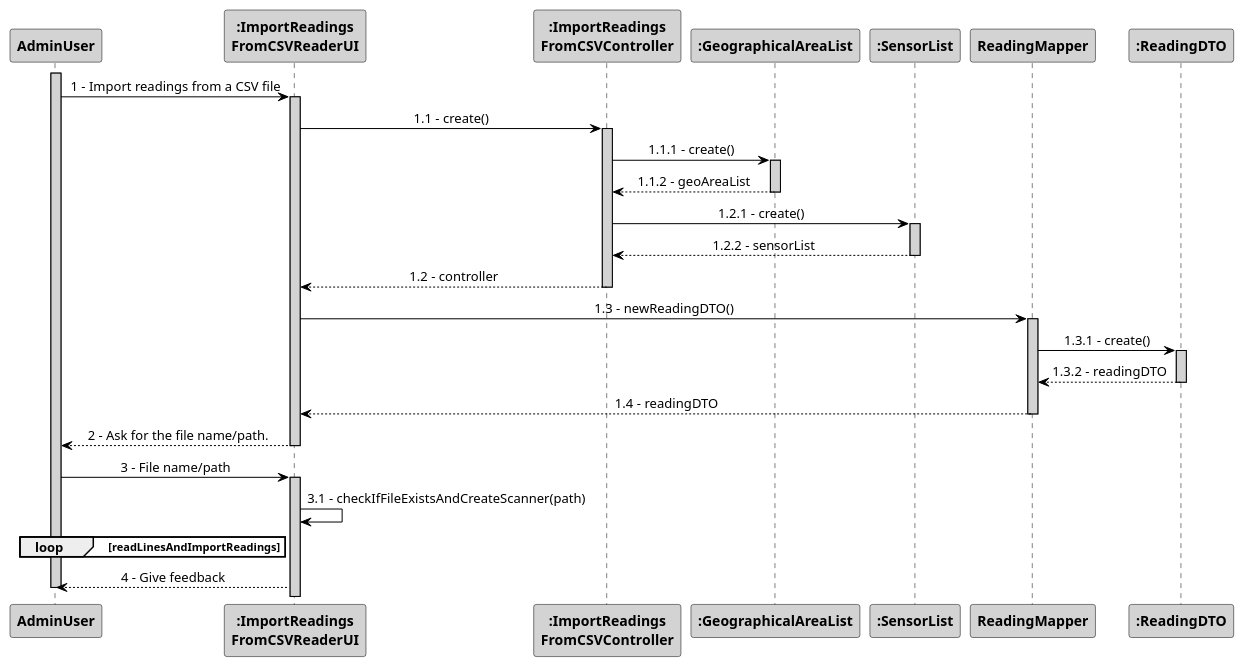
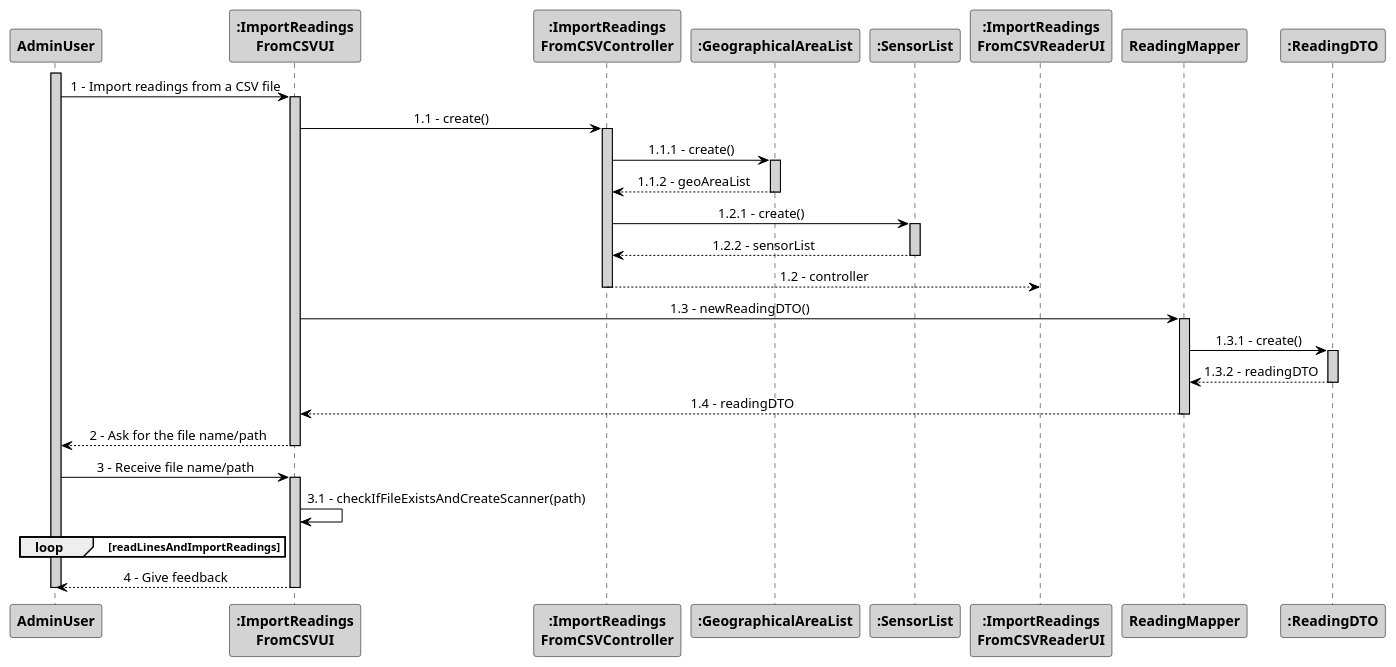
The diagram in src/main/java/pt/ipp/isep/dei/project/controllers/importreadingsfromcsvcontroller/SD_ImportReadingsFromCSVReader.puml (1181687/hateoasToy), drawn with PlantUML before and after one commit. The commit also changed 1 other file, not shown here.

Commit message:
Fixes #128 - Changes to the diagrams.

```diff
--- a/src/main/java/pt/ipp/isep/dei/project/controllers/importreadingsfromcsvcontroller/SD_ImportReadingsFromCSVReader.puml
+++ b/src/main/java/pt/ipp/isep/dei/project/controllers/importreadingsfromcsvcontroller/SD_ImportReadingsFromCSVReader.puml
@@ -1,60 +1,60 @@
 @startuml
 skinparam sequenceMessageAlign center
 skinparam sequence {
 	ArrowColor Black
 	ActorBorderColor DarkBlue
 	LifeLineBorderColor black
 	LifeLineBackgroundColor LightGrey
 
 	ParticipantBorderColor Black
 	ParticipantBackgroundColor LightGrey
 	ParticipantFontStyle Bold
 
 	ActorBackgroundColor DimGrey
 	ActorFontColor DeepSkyBlue
 	ActorFontStyle Bold
 	ActorFontSize 17
 	ActorFontName Aapex
 }
 
 activate AdminUser
 actor AdminUser
 
-AdminUser -> ":ImportReadings\nFromCSVReaderUI":1 - Import readings from a CSV file
-activate ":ImportReadings\nFromCSVReaderUI"
-":ImportReadings\nFromCSVReaderUI" -> ":ImportReadings\nFromCSVController": 1.1 - create()
+AdminUser -> ":ImportReadings\nFromCSVUI":1 - Import readings from a CSV file
+activate ":ImportReadings\nFromCSVUI"
+":ImportReadings\nFromCSVUI" -> ":ImportReadings\nFromCSVController": 1.1 - create()
 activate ":ImportReadings\nFromCSVController"
 ":ImportReadings\nFromCSVController" -> ":GeographicalAreaList": 1.1.1 - create()
 activate ":GeographicalAreaList"
 ":GeographicalAreaList" --> ":ImportReadings\nFromCSVController": 1.1.2 - geoAreaList
 deactivate ":GeographicalAreaList"
 ":ImportReadings\nFromCSVController" -> ":SensorList": 1.2.1 - create()
 activate ":SensorList"
 ":SensorList" --> ":ImportReadings\nFromCSVController": 1.2.2 - sensorList
 deactivate ":SensorList"
 ":ImportReadings\nFromCSVController" --> ":ImportReadings\nFromCSVReaderUI": 1.2 - controller
 deactivate ":ImportReadings\nFromCSVController"
-":ImportReadings\nFromCSVReaderUI" -> ReadingMapper: 1.3 - newReadingDTO()
+":ImportReadings\nFromCSVUI" -> ReadingMapper: 1.3 - newReadingDTO()
 activate ReadingMapper
 
 ReadingMapper -> ":ReadingDTO": 1.3.1 - create()
 activate ":ReadingDTO"
 ":ReadingDTO" --> ReadingMapper: 1.3.2 - readingDTO
 deactivate ":ReadingDTO"
-ReadingMapper --> ":ImportReadings\nFromCSVReaderUI": 1.4 - readingDTO
+ReadingMapper --> ":ImportReadings\nFromCSVUI": 1.4 - readingDTO
 deactivate ReadingMapper
-":ImportReadings\nFromCSVReaderUI" --> AdminUser: 2 - Ask for the file name/path.
-deactivate ":ImportReadings\nFromCSVReaderUI"
-AdminUser -> ":ImportReadings\nFromCSVReaderUI": 3 - File name/path
-activate ":ImportReadings\nFromCSVReaderUI"
-":ImportReadings\nFromCSVReaderUI" -> ":ImportReadings\nFromCSVReaderUI": 3.1 - checkIfFileExistsAndCreateScanner(path)
+":ImportReadings\nFromCSVUI" --> AdminUser: 2 - Ask for the file name/path
+deactivate ":ImportReadings\nFromCSVUI"
+AdminUser -> ":ImportReadings\nFromCSVUI": 3 - Receive file name/path
+activate ":ImportReadings\nFromCSVUI"
+":ImportReadings\nFromCSVUI" -> ":ImportReadings\nFromCSVUI": 3.1 - checkIfFileExistsAndCreateScanner(path)
 loop readLinesAndImportReadings
 end loop
-":ImportReadings\nFromCSVReaderUI" --> AdminUser: 4 - Give feedback
-
+":ImportReadings\nFromCSVUI" --> AdminUser: 4 - Give feedback
+deactivate
 
 
 
 deactivate AdminUser
 
 @enduml
```
